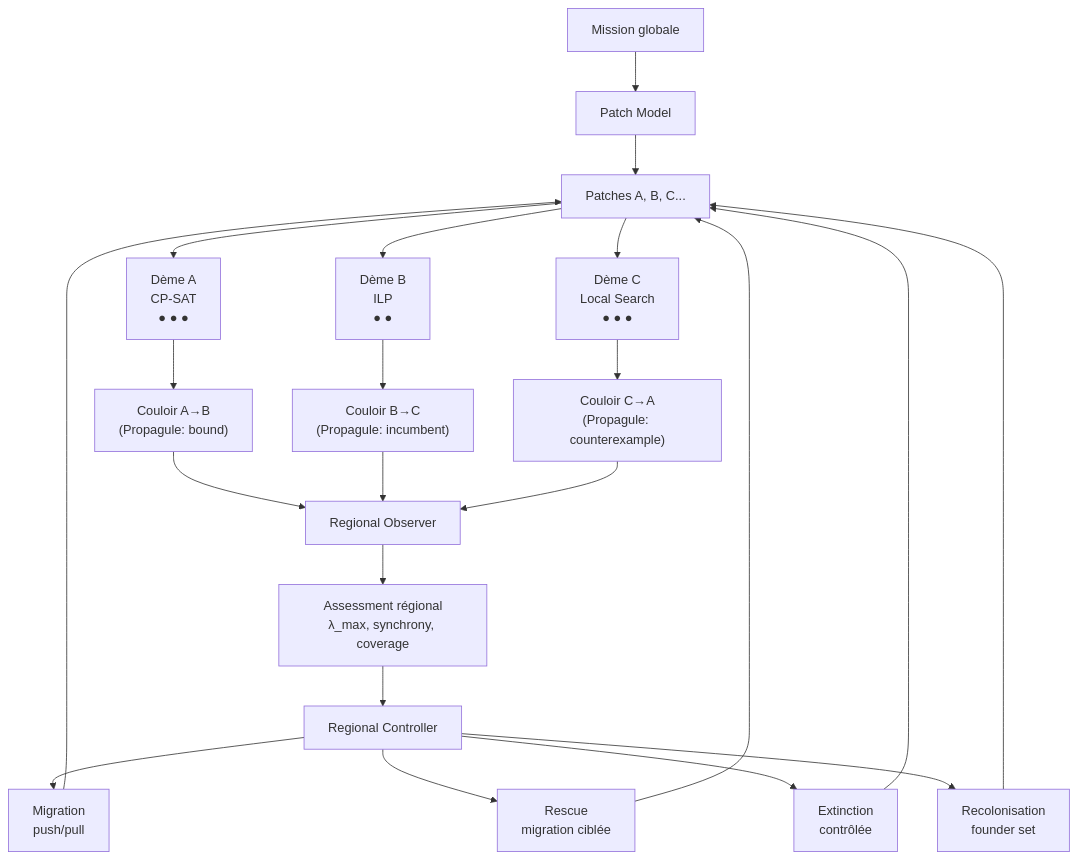
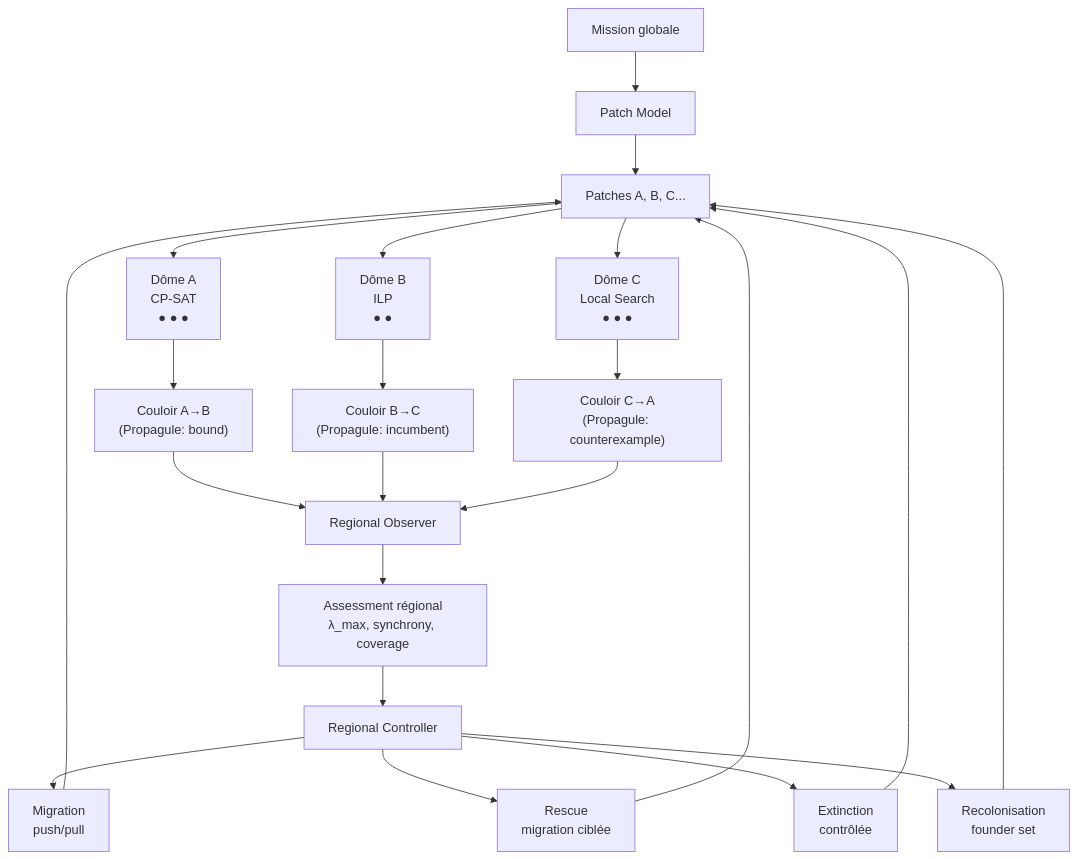
Before and after one commit to PISSARAW/GenOS: the first of 4 diagrams in docs/02-orchestration/topologies/metapopulation.md, drawn with Mermaid. The commit also changed other lines of this file and 4 other files, not shown here.

````diff
--- a/docs/02-orchestration/topologies/metapopulation.md
+++ b/docs/02-orchestration/topologies/metapopulation.md
@@ -969,31 +1367,31 @@
 ```mermaid
 flowchart TB
     Mission["Mission globale"] --> PatchModel["Patch Model"]
     PatchModel --> Patches["Patches A, B, C..."]
 
-    Patches --> DemeA["Dème A\nCP-SAT\n● ● ●"]
-    Patches --> DemeB["Dème B\nILP\n● ●"]
-    Patches --> DemeC["Dème C\nLocal Search\n● ● ●"]
+    Patches --> DemeA["Dôme A\nCP-SAT\n● ● ●"]
+    Patches --> DemeB["Dôme B\nILP\n● ●"]
+    Patches --> DemeC["Dôme C\nLocal Search\n● ● ●"]
 
     DemeA --> CorridorAB["Couloir A→B\n(Propagule: bound)"]
     DemeB --> CorridorBC["Couloir B→C\n(Propagule: incumbent)"]
     DemeC --> CorridorCA["Couloir C→A\n(Propagule: counterexample)"]
 
     CorridorAB --> RegionalObserver["Regional Observer"]
     CorridorBC --> RegionalObserver
     CorridorCA --> RegionalObserver
 
     RegionalObserver --> Assessment["Assessment régional\nλ_max, synchrony, coverage"]
 
     Assessment --> Controller["Regional Controller"]
 
     Controller --> ActionMigrate["Migration\npush/pull"]
     Controller --> ActionRescue["Rescue\nmigration ciblée"]
     Controller --> ActionExtinct["Extinction\ncontrôlée"]
     Controller --> ActionRecolon["Recolonisation\nfounder set"]
 
     ActionMigrate --> Patches
     ActionRescue --> Patches
     ActionExtinct --> Patches
     ActionRecolon --> Patches
 ```
````
